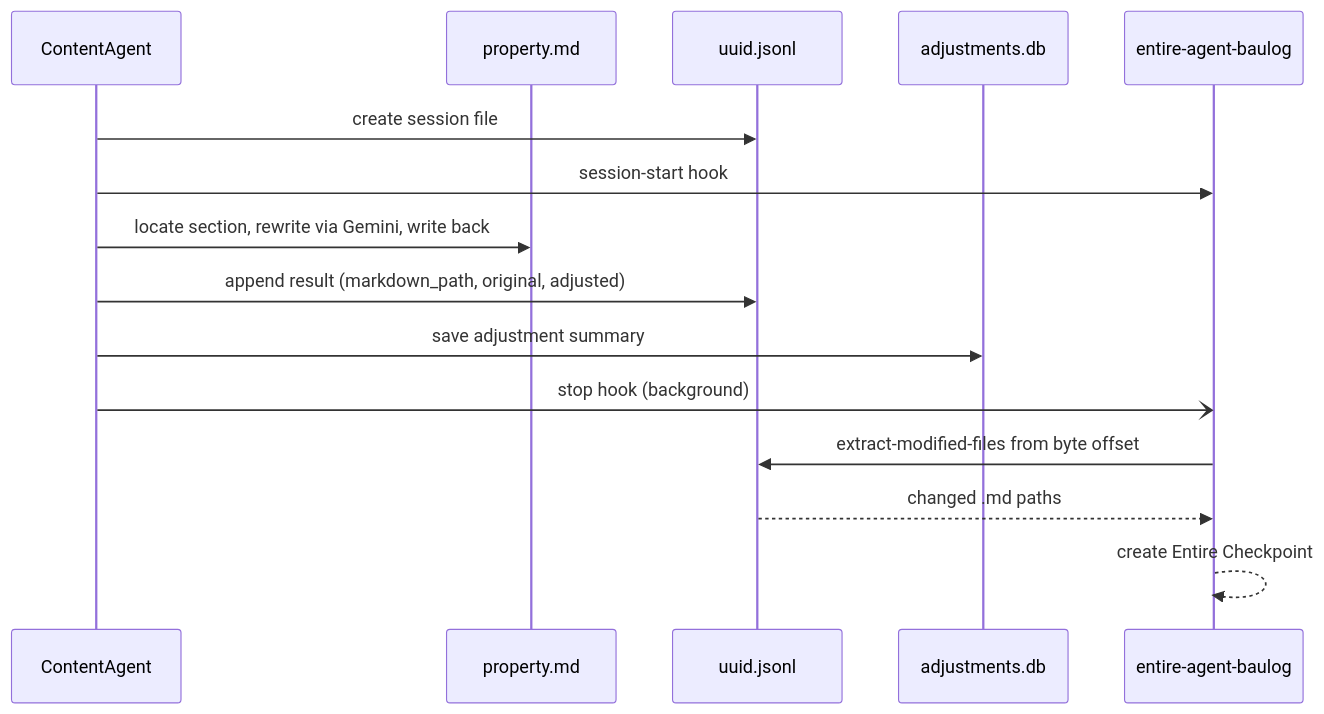
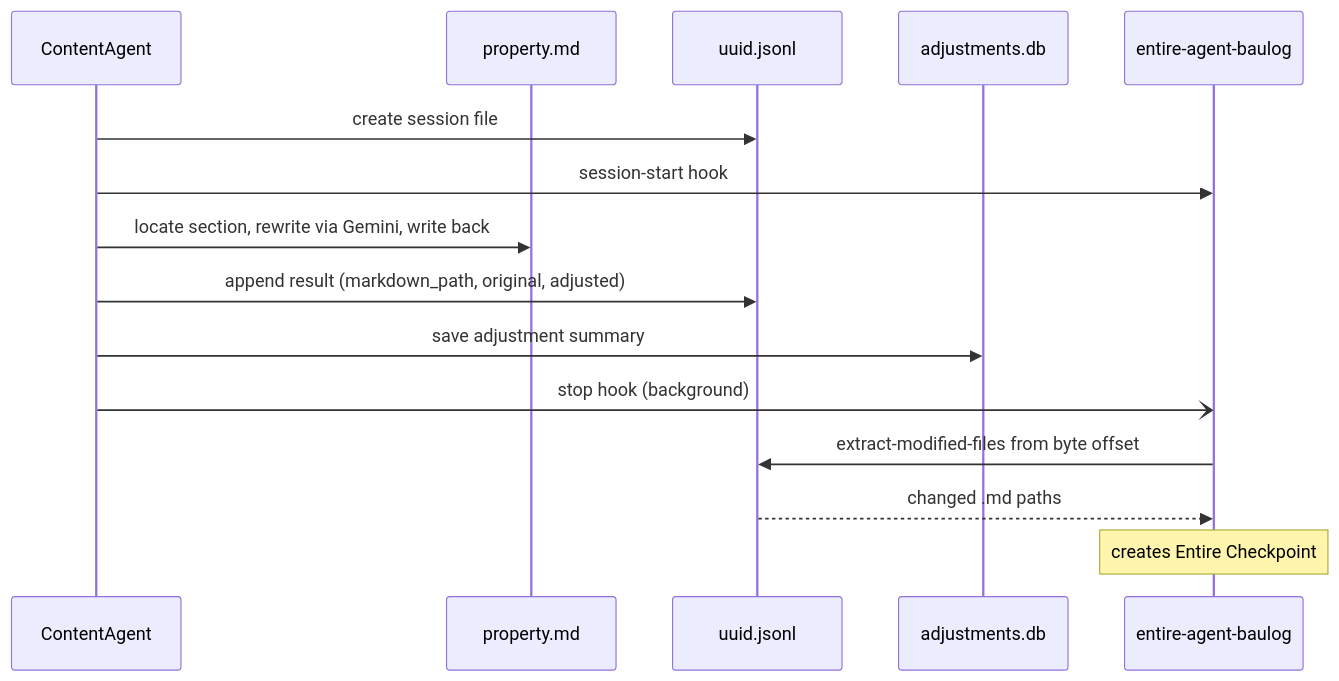
Before and after one commit to enismustafaj/baulog: the second of 2 diagrams in README.md, drawn with Mermaid. The commit also changed other lines of this file, not shown here.

Commit message:
docs: Update architecture diagram for parallel workers and Entire.io integration

````diff
--- a/README.md
+++ b/README.md
@@ -373,18 +374,18 @@
 ```mermaid
 sequenceDiagram
     participant CA as ContentAgent
     participant MD as property.md
     participant JL as uuid.jsonl
     participant DB as adjustments.db
     participant P as entire-agent-baulog
 
     CA->>JL: create session file
     CA->>P: session-start hook
     CA->>MD: locate section, rewrite via Gemini, write back
     CA->>JL: append result (markdown_path, original, adjusted)
     CA->>DB: save adjustment summary
     CA-)P: stop hook (background)
     P->>JL: extract-modified-files from byte offset
     JL-->>P: changed .md paths
-    P-->>P: create Entire Checkpoint
+    Note over P: creates Entire Checkpoint
 ```
````
